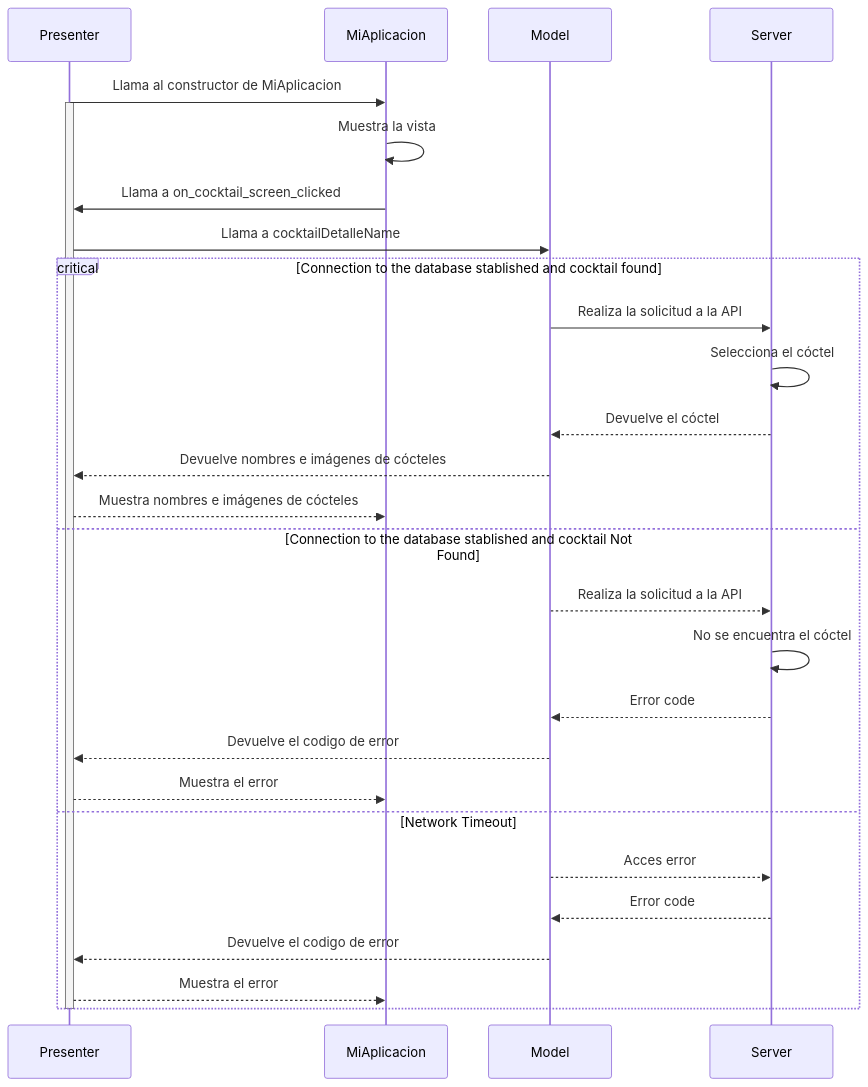
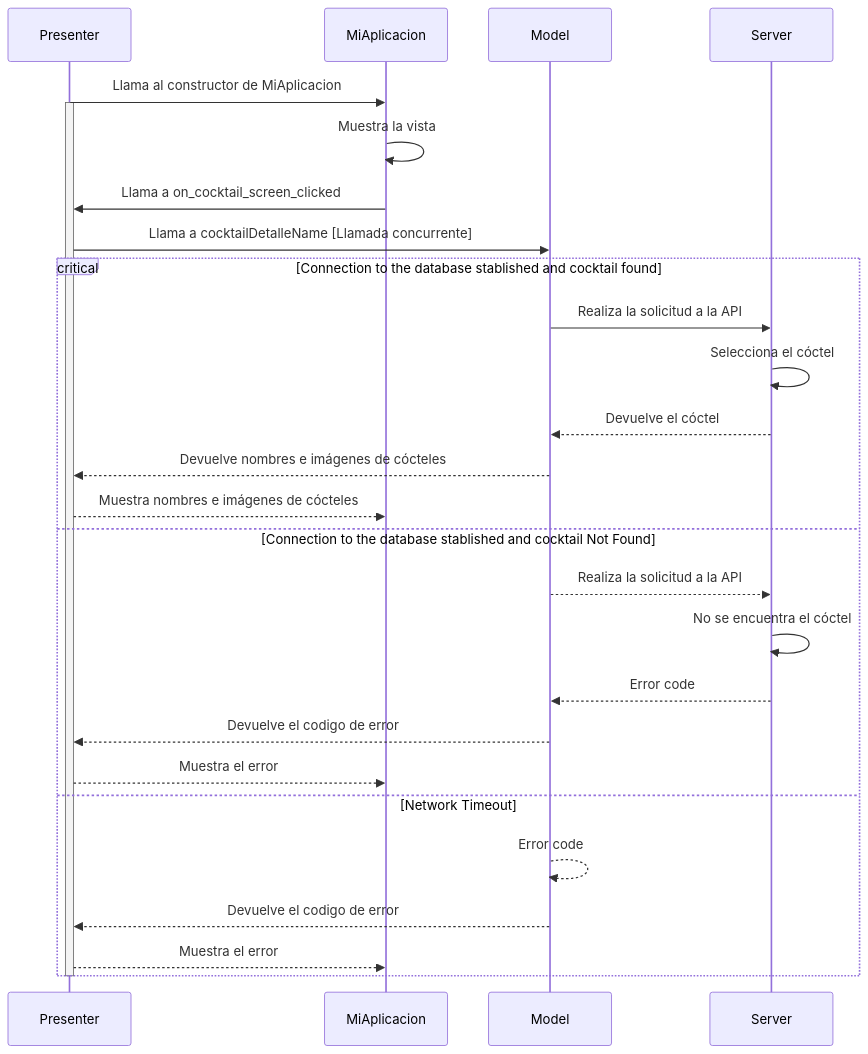
Before and after one commit to braisf03/IPM: the diagram in diseño.md, drawn with Mermaid.

Commit message:
Posible final

````diff
--- a/diseño.md
+++ b/diseño.md
@@ -1,39 +1,38 @@
 ```mermaid
 sequenceDiagram
 
 #--------------Definiciones de actores--------------#
     participant Presenter as Presenter
     participant MiAplicacion as MiAplicacion
     participant Model as Model
     participant Server as Server
 
 #--------------Inicio de la aplicación--------------#
     Presenter->>MiAplicacion: Llama al constructor de MiAplicacion
     activate Presenter
     MiAplicacion->>MiAplicacion: Muestra la vista
     MiAplicacion->>Presenter: Llama a on_cocktail_screen_clicked
-    Presenter->>Model: Llama a cocktailDetalleName
+    Presenter->>Model: Llama a cocktailDetalleName [Llamada concurrente]
 
 #-------------Accesos a la base de datos------------#        
     critical Connection to the database stablished and cocktail found
         Model->>Server: Realiza la solicitud a la API
         Server->>Server: Selecciona el cóctel
         Server-->>Model: Devuelve el cóctel
         Model-->>Presenter: Devuelve nombres e imágenes de cócteles
         Presenter-->>MiAplicacion: Muestra nombres e imágenes de cócteles
     option Connection to the database stablished and cocktail Not Found   
             Model-->>Server: Realiza la solicitud a la API
             Server->>Server: No se encuentra el cóctel
             Server-->>Model: Error code
             Model-->>Presenter: Devuelve el codigo de error
             Presenter-->>MiAplicacion: Muestra el error
     option Network Timeout
-            Model-->>Server: Acces error
-            Server-->>Model: Error code
+            Model-->>Model: Error code
             Model-->>Presenter: Devuelve el codigo de error
             Presenter-->>MiAplicacion: Muestra el error
     end
    
     deactivate Presenter
 
 ```         
````
